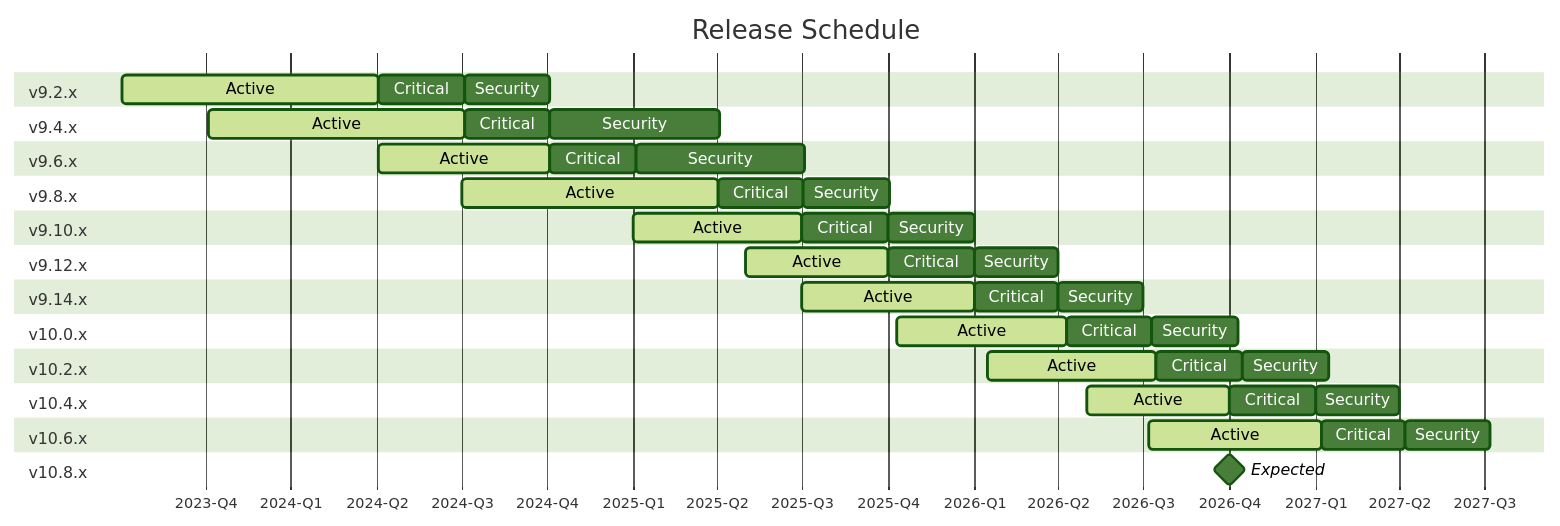
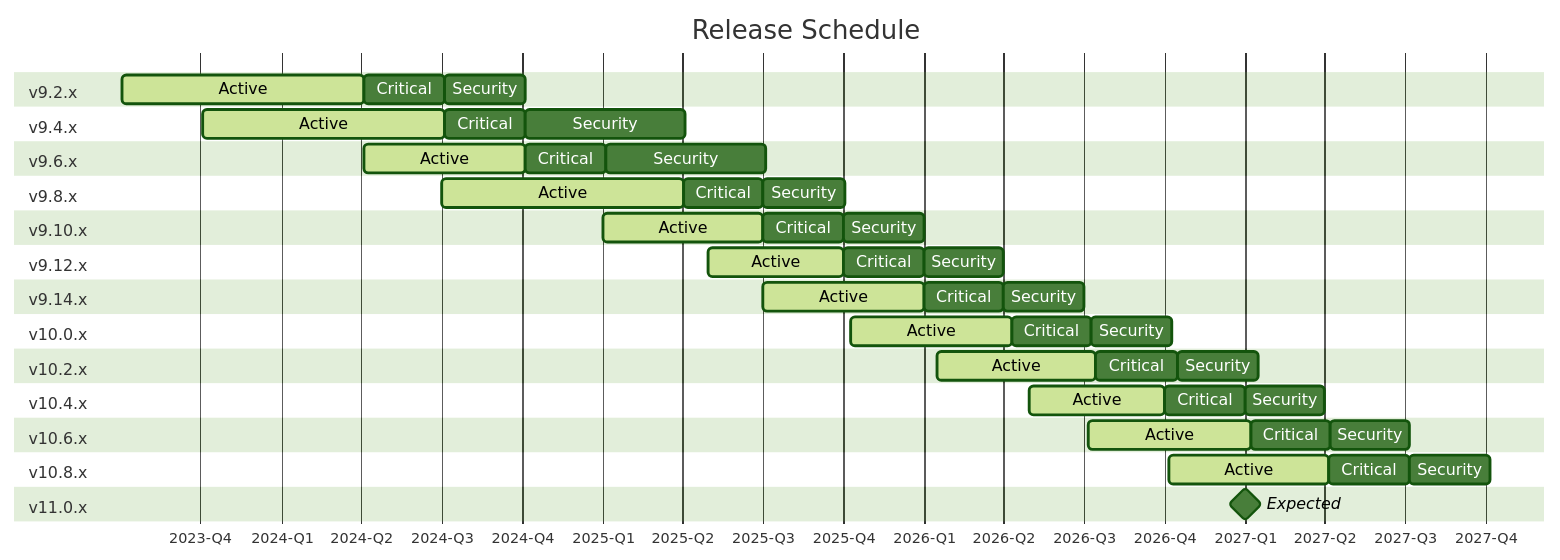
One commit to hpcc-systems/HPCC-Platform changed the diagram in README.md. Above: the diagram before and after it, drawn with Mermaid (forest theme). The commit also changed 1 other file, not shown here.

Commit message:
chore: Update the supported version information in the docs (#37679)
noissue
impacts: none

````diff
--- a/README.md
+++ b/README.md
@@ -18,56 +18,60 @@
 ```mermaid
 ---
 displayMode: compact
 ---
 gantt
     title Release Schedule
     axisFormat %Y-Q%q
     tickInterval 3month
     dateFormat YYYY-MM-DD
     section v9.2.x
         Active:          active, 2023-07-04, 9M
         Critical:        3M
         Security:        3M
     section v9.4.x
         Active:          active, 2023-10-04, 9M
         Critical:        3M
         Security:        6M
     section v9.6.x
         Active:          active, 2024-04-04, 6M
         Critical:        3M
         Security:        6M
     section v9.8.x
         Active:          active, 2024-07-02, 9M
         Critical:        3M
         Security:        3M
     section v9.10.x
         Active:          active, 2025-01-01, 6M
         Critical:        3M
         Security:        3M
     section v9.12.x
         Active:          active, 2025-05-01, 5M
         Critical:        3M
         Security:        3M
     section v9.14.x
         Active:          active, 2025-07-01, 6M
         Critical:        3M
         Security:        3M
     section v10.0.x
         Active:          active, 2025-10-10, 6M
         Critical:        3M
         Security:        3M
     section v10.2.x
         Active:          active, 2026-01-15, 6M
         Critical:        3M
         Security:        3M
     section v10.4.x
         Active:          active, 2026-05-01, 5M
         Critical:        3M
         Security:        3M
     section v10.6.x
         Active:          active, 2026-07-07, 6M
         Critical:        3M
         Security:        3M
     section v10.8.x
-        Expected:        milestone, 2026-10-01, 0M
+        Active:          active, 2026-10-06, 6M
+        Critical:        3M
+        Security:        3M
+    section v11.0.x
+        Expected:        milestone, 2027-01-01, 0M
 ```
````
